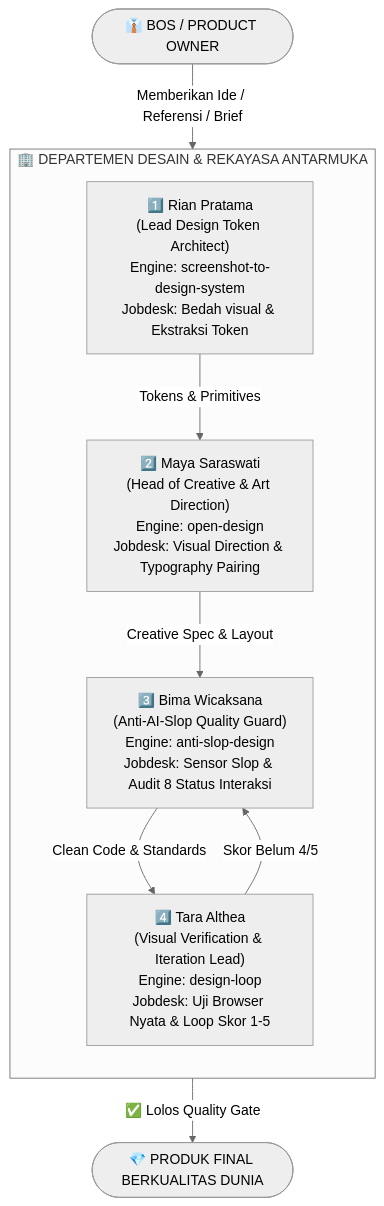
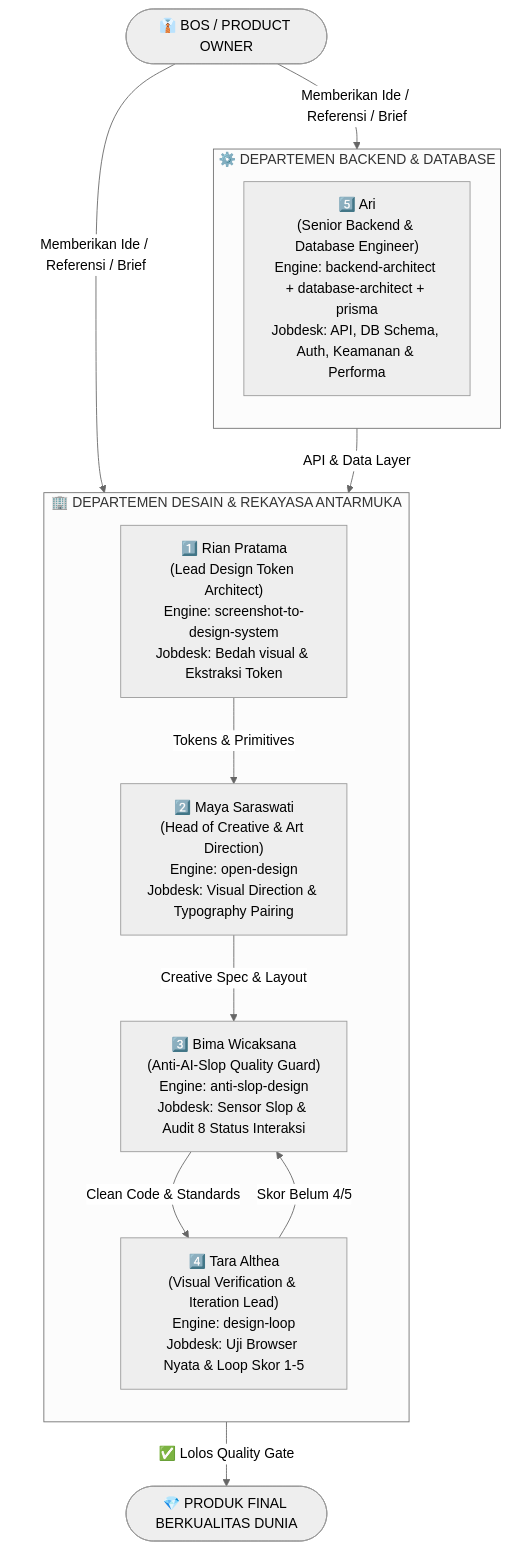
One commit to inginjadipakar/masjidjamisosrohadisewoyo-ngawi changed the diagram in TIM_DESAIN_KARYAWAN.md. Above: the diagram before and after it, drawn with Mermaid (neutral theme). The commit also changed other lines of this file and 39 other files, not shown here.

````diff
--- a/TIM_DESAIN_KARYAWAN.md
+++ b/TIM_DESAIN_KARYAWAN.md
@@ -10,23 +10,30 @@
 ```mermaid
 flowchart TD
-    BOS([👔 BOS / PRODUCT OWNER]) -->|Memberikan Ide / Referensi / Brief| PIPELINE
+    BOS([👔 BOS / PRODUCT OWNER]) --> |Memberikan Ide / Referensi / Brief| K5
+    BOS --> |Memberikan Ide / Referensi / Brief| PIPELINE
+
+    subgraph PIPELINE_BE ["⚙️ DEPARTEMEN BACKEND & DATABASE"]
+        direction TB
+        K5["5️⃣ Ari\n(Senior Backend & Database Engineer)\nEngine: backend-architect + database-architect + prisma\nJobdesk: API, DB Schema, Auth, Keamanan & Performa"]
+    end
 
     subgraph PIPELINE ["🏢 DEPARTEMEN DESAIN & REKAYASA ANTARMUKA"]
         direction TB
         
         K1["1️⃣ Rian Pratama\n(Lead Design Token Architect)\nEngine: screenshot-to-design-system\nJobdesk: Bedah visual & Ekstraksi Token"]
         
         K2["2️⃣ Maya Saraswati\n(Head of Creative & Art Direction)\nEngine: open-design\nJobdesk: Visual Direction & Typography Pairing"]
         
         K3["3️⃣ Bima Wicaksana\n(Anti-AI-Slop Quality Guard)\nEngine: anti-slop-design\nJobdesk: Sensor Slop & Audit 8 Status Interaksi"]
         
         K4["4️⃣ Tara Althea\n(Visual Verification & Iteration Lead)\nEngine: design-loop\nJobdesk: Uji Browser Nyata & Loop Skor 1-5"]
         
-        K1 -->|Tokens & Primitives| K2
-        K2 -->|Creative Spec & Layout| K3
-        K3 -->|Clean Code & Standards| K4
+        K1 --> |Tokens & Primitives| K2
+        K2 --> |Creative Spec & Layout| K3
+        K3 --> |Clean Code & Standards| K4
         K4 -- "Skor Belum 4/5" --> K3
     end
 
-    K4 -->|✅ Lolos Quality Gate| DELIVERABLE([💎 PRODUK FINAL BERKUALITAS DUNIA])
+    K5 --> |API & Data Layer| PIPELINE
+    K4 --> |✅ Lolos Quality Gate| DELIVERABLE([💎 PRODUK FINAL BERKUALITAS DUNIA])
 ```
````
